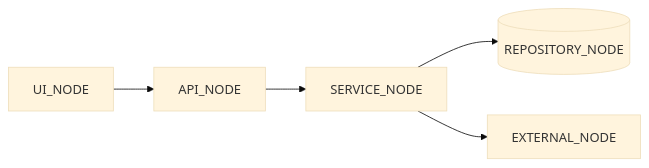
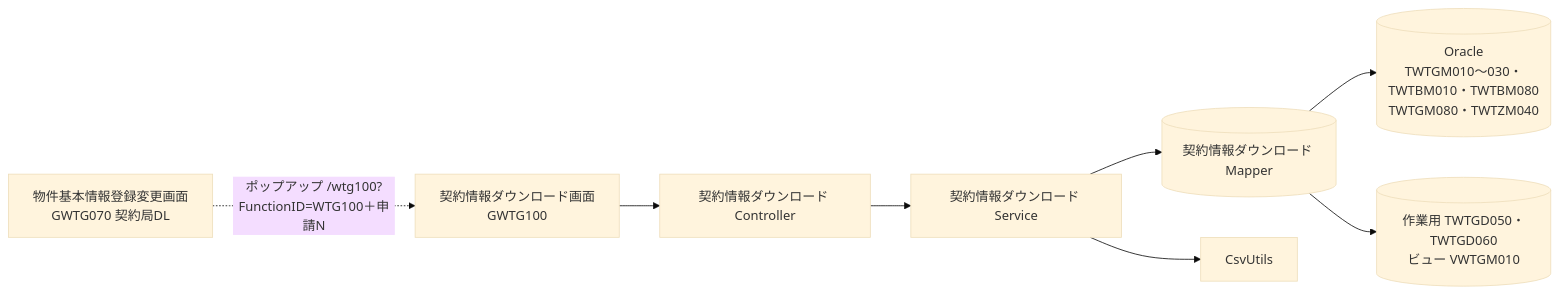
The first of 3 diagrams in specs/contract-info-download/design.md (masato-teramoto/Wing), drawn with Mermaid (base theme) before and after one commit. The commit also changed other lines of this file and 52 other files, not shown here.

````diff
--- a/specs/contract-info-download/design.md
+++ b/specs/contract-info-download/design.md
@@ -111,7 +145,10 @@
 ```mermaid
 flowchart LR
-    UI[UI_NODE] --> API[API_NODE]
-    API --> SVC[SERVICE_NODE]
-    SVC --> REPO[(REPOSITORY_NODE)]
-    SVC --> EXT[EXTERNAL_NODE]
+    PBI[物件基本情報登録変更画面<br/>GWTG070 契約局DL] -.ポップアップ /wtg100?FunctionID=WTG100＋申請No.-> UI[契約情報ダウンロード画面<br/>GWTG100]
+    UI --> CTL[契約情報ダウンロード Controller]
+    CTL --> SVC[契約情報ダウンロード Service]
+    SVC --> MAP[(契約情報ダウンロード Mapper)]
+    MAP --> DB[(Oracle<br/>TWTGM010〜030・TWTBM010・TWTBM080<br/>TWTGM080・TWTZM040)]
+    MAP --> WK[(作業用 TWTGD050・TWTGD060<br/>ビュー VWTGM010)]
+    SVC --> CSV[CsvUtils]
 ```
````
